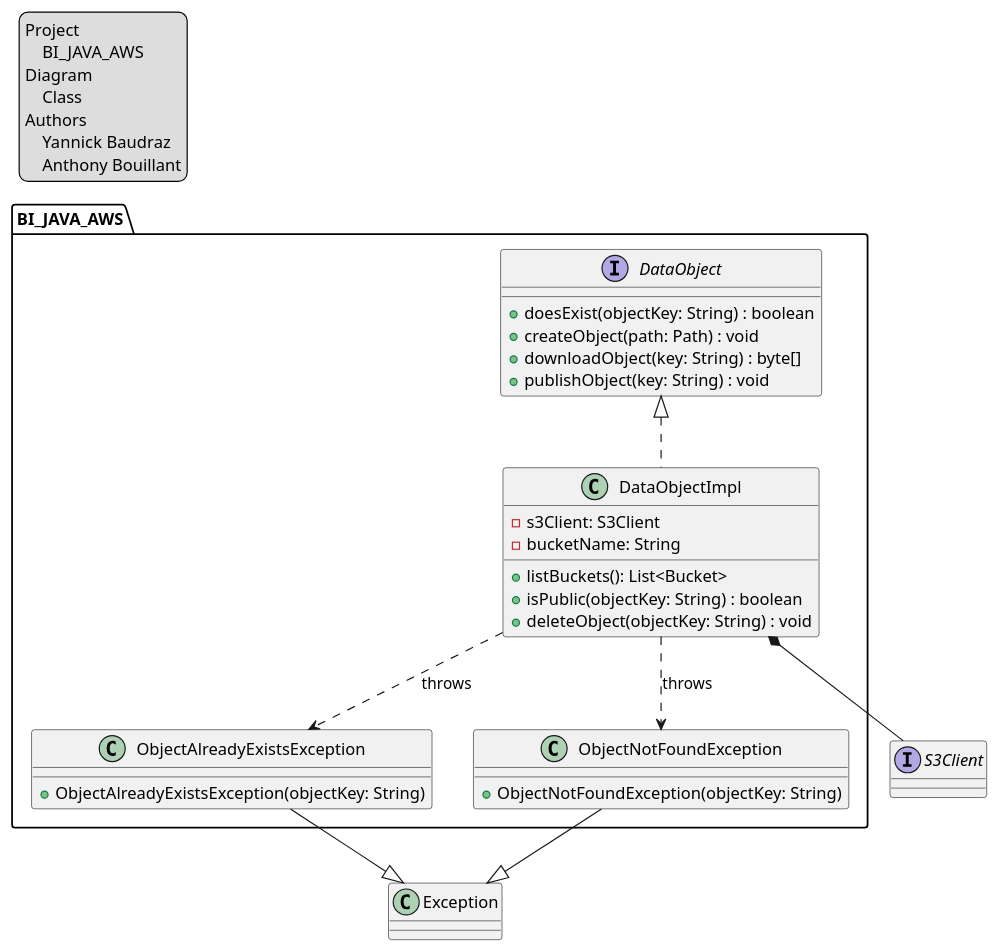
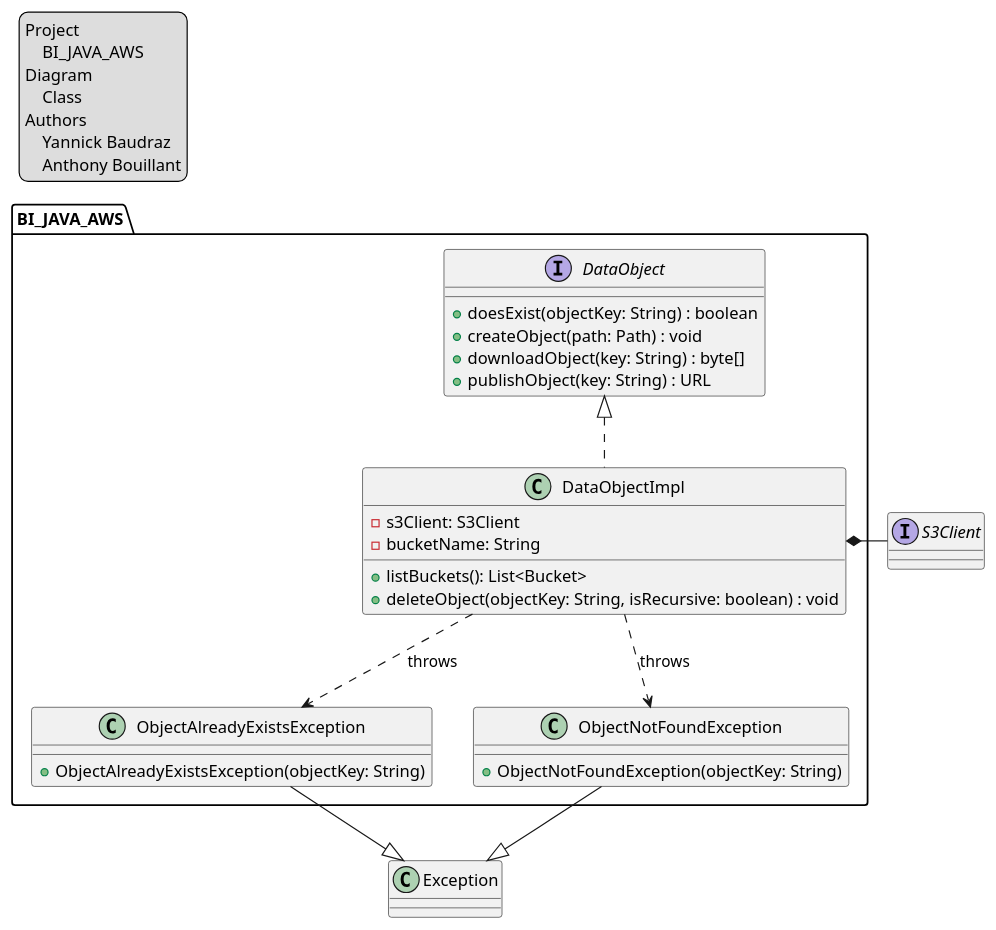
Before and after one commit to CPNV-ES-BI/BI_JAVA_AWS: the diagram in doc/classes/class_diagram.puml, drawn with PlantUML. The commit also changed 4 other files, not shown here.

First line of the commit message:
Update publishObject to create a temporary link and return it

```diff
--- a/doc/classes/class_diagram.puml
+++ b/doc/classes/class_diagram.puml
@@ -1,53 +1,52 @@
 @startuml class_diagram
 'https://plantuml.com/class-diagram
 
 legend top left
     Project
         BI_JAVA_AWS
     Diagram
         Class
     Authors
         Yannick Baudraz
         Anthony Bouillant
 endlegend
 
 package BI_JAVA_AWS {
     interface DataObject {
         + doesExist(objectKey: String) : boolean
         + createObject(path: Path) : void
         + downloadObject(key: String) : byte[]
-        + publishObject(key: String) : void
+        + publishObject(key: String) : URL
     }
 
     class DataObjectImpl {
         - s3Client: S3Client
         - bucketName: String
         + listBuckets(): List<Bucket>
-        + isPublic(objectKey: String) : boolean
-        + deleteObject(objectKey: String) : void
+        + deleteObject(objectKey: String, isRecursive: boolean) : void
     }
 
     class ObjectAlreadyExistsException {
         + ObjectAlreadyExistsException(objectKey: String)
     }
 
     class ObjectNotFoundException {
         + ObjectNotFoundException(objectKey: String)
     }
 }
 
 class Exception
 
 interface S3Client
 
 DataObject <|.. DataObjectImpl
 
 DataObjectImpl ..> ObjectAlreadyExistsException : throws
 DataObjectImpl ..> ObjectNotFoundException : throws
 
 ObjectAlreadyExistsException --|> Exception
 ObjectNotFoundException --|> Exception
 
-DataObjectImpl *-- S3Client
+DataObjectImpl *- S3Client
 
 @enduml
```
